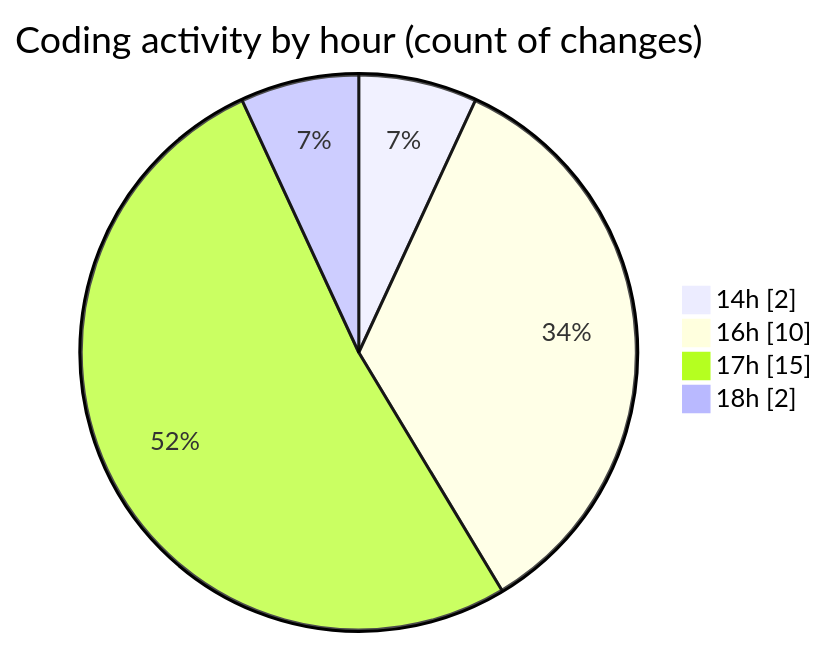
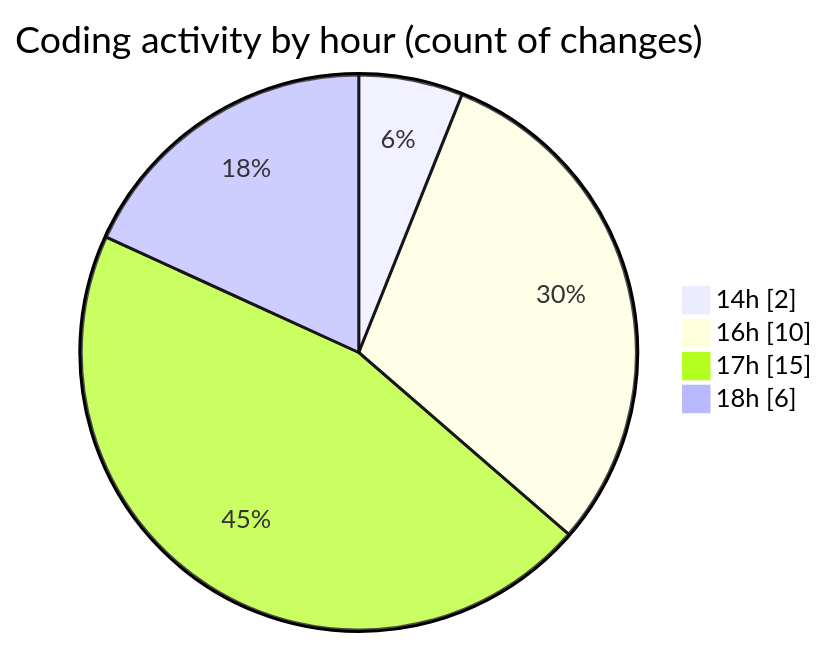
The second of 2 diagrams in 2025-06-18/scopesketch-app/README.md (Ritupan-Deka/code-tracking), drawn with Mermaid before and after one commit. The commit also changed other lines of this file and 1 other file, not shown here.

````diff
--- a/2025-06-18/scopesketch-app/README.md
+++ b/2025-06-18/scopesketch-app/README.md
@@ -41,8 +41,8 @@
 ```mermaid
 pie showData
 title Coding activity by hour (count of changes)
 "14h" : 2
 "16h" : 10
 "17h" : 15
-"18h" : 2
+"18h" : 6
 ```
````
